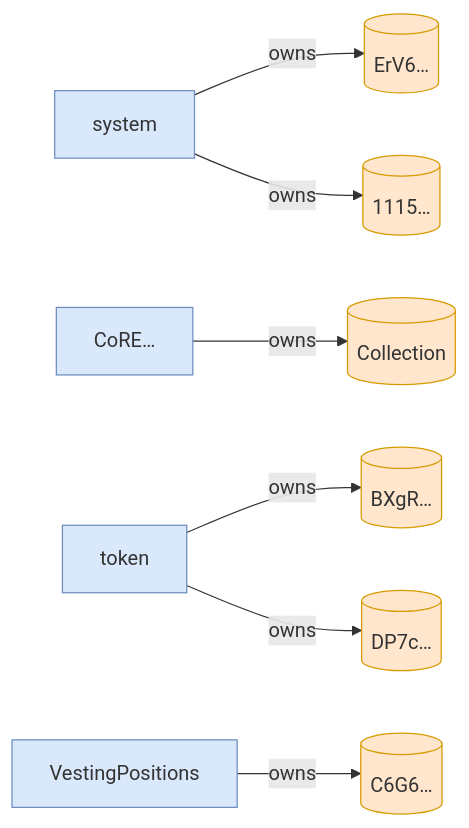
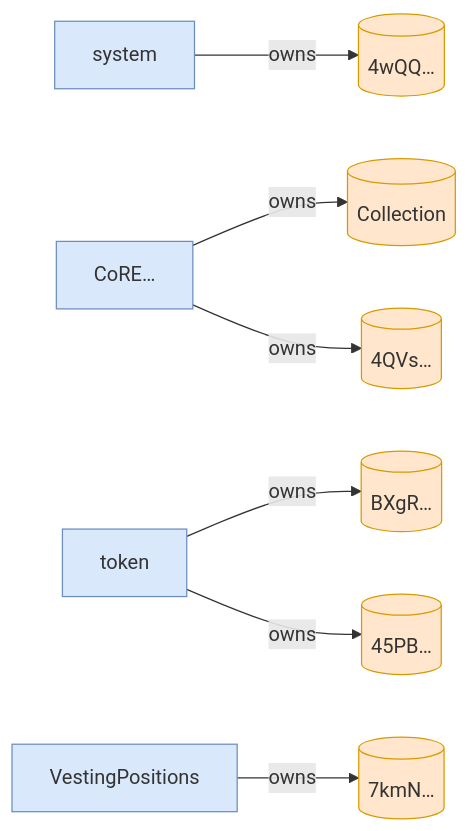
One commit to cds-turbin3/vesting-position changed the third of 3 diagrams in babelfish-tests/test-report/scenario_7_fully_claimed_position_frozen.md. Above: the diagram before and after it, drawn with Mermaid. The commit also changed other lines of this file and 50 other files, not shown here.

````diff
--- a/babelfish-tests/test-report/scenario_7_fully_claimed_position_frozen.md
+++ b/babelfish-tests/test-report/scenario_7_fully_claimed_position_frozen.md
@@ -72,22 +36,22 @@
 ```mermaid
 flowchart LR
     system["system"]:::program
-    ErV6[("ErV6…")]:::state
+    4wQQ[("4wQQ…")]:::state
     CoRE["CoRE…"]:::program
     Collection[("Collection")]:::state
     token["token"]:::program
     BXgR[("BXgR…")]:::state
-    DP7c[("DP7c…")]:::state
-    1115[("1115…")]:::state
+    45PB[("45PB…")]:::state
+    4QVs[("4QVs…")]:::state
     VestingPositions["VestingPositions"]:::program
-    C6G6[("C6G6…")]:::state
-    system -->|owns| ErV6
+    7kmN[("7kmN…")]:::state
+    system -->|owns| 4wQQ
     CoRE -->|owns| Collection
     token -->|owns| BXgR
-    token -->|owns| DP7c
-    system -->|owns| 1115
-    VestingPositions -->|owns| C6G6
+    token -->|owns| 45PB
+    CoRE -->|owns| 4QVs
+    VestingPositions -->|owns| 7kmN
     classDef program fill:#dae8fc,stroke:#6c8ebf;
     classDef signer fill:#d5e8d4,stroke:#82b366;
     classDef state fill:#ffe6cc,stroke:#d79b00;
 ```
````
